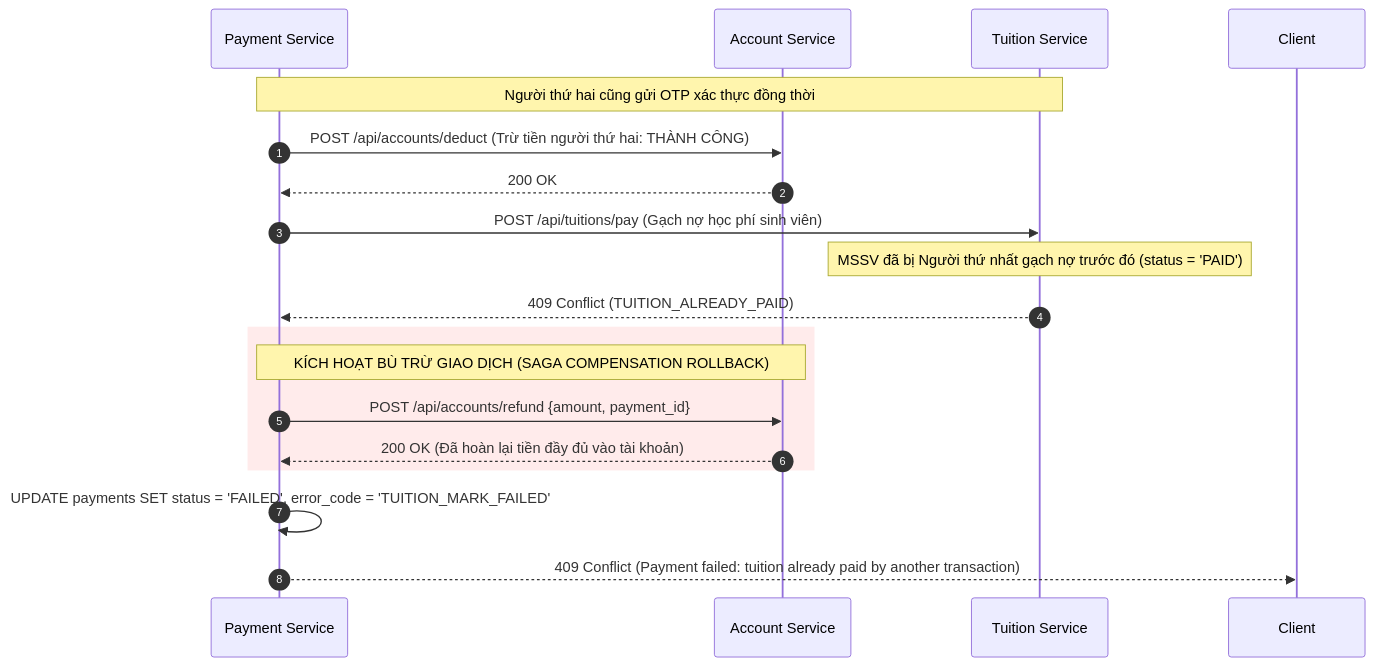
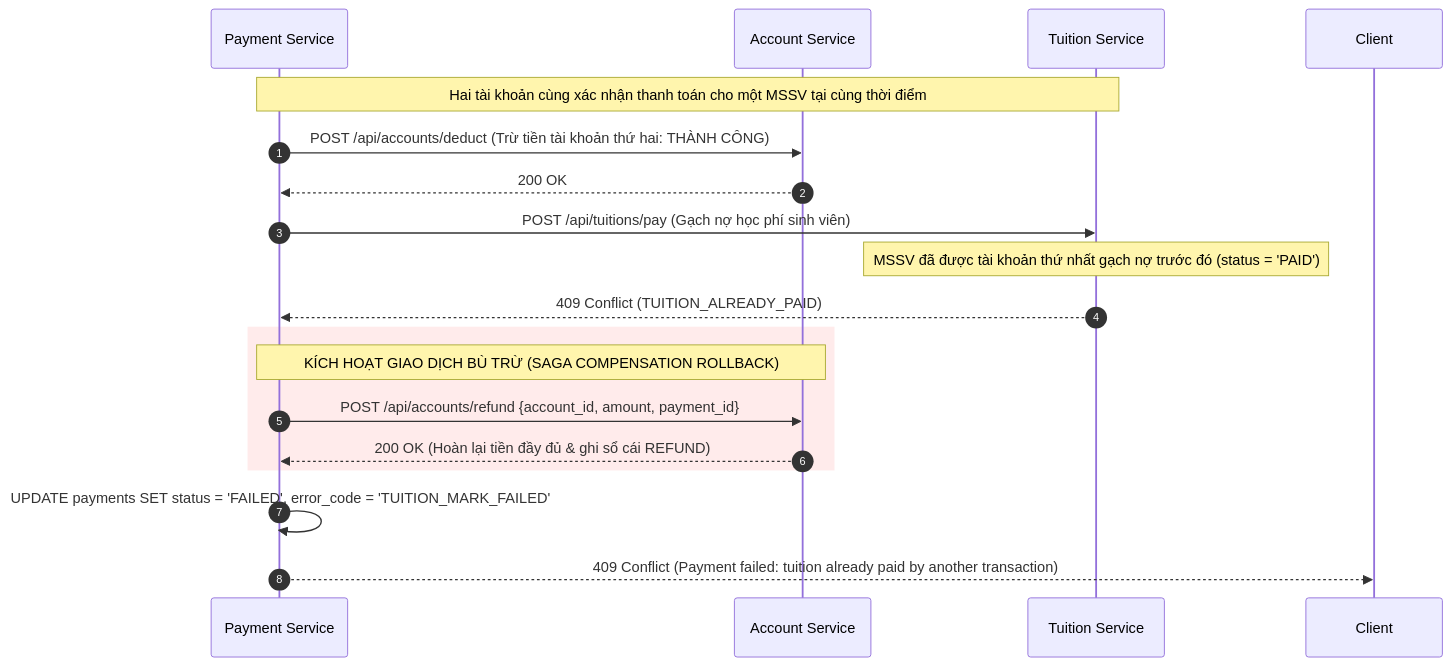
One commit to thanhngo92/soa changed the second of 3 diagrams in docs/SYSTEM_DESIGN.md. Above: the diagram before and after it, drawn with Mermaid. The commit also changed other lines of this file and 55 other files, not shown here.

````diff
--- a/docs/SYSTEM_DESIGN.md
+++ b/docs/SYSTEM_DESIGN.md
@@ -232,24 +203,24 @@
 ```mermaid
 sequenceDiagram
     autonumber
     participant PS as Payment Service
     participant AS as Account Service
     participant TS as Tuition Service
 
-    Note over PS,TS: Người thứ hai cũng gửi OTP xác thực đồng thời
-    PS->>AS: POST /api/accounts/deduct (Trừ tiền người thứ hai: THÀNH CÔNG)
+    Note over PS,TS: Hai tài khoản cùng xác nhận thanh toán cho một MSSV tại cùng thời điểm
+    PS->>AS: POST /api/accounts/deduct (Trừ tiền tài khoản thứ hai: THÀNH CÔNG)
     AS-->>PS: 200 OK
 
     PS->>TS: POST /api/tuitions/pay (Gạch nợ học phí sinh viên)
-    Note over TS: MSSV đã bị Người thứ nhất gạch nợ trước đó (status = 'PAID')
+    Note over TS: MSSV đã được tài khoản thứ nhất gạch nợ trước đó (status = 'PAID')
     TS-->>PS: 409 Conflict (TUITION_ALREADY_PAID)
 
     rect rgb(255, 235, 235)
-        Note over PS,AS: KÍCH HOẠT BÙ TRỪ GIAO DỊCH (SAGA COMPENSATION ROLLBACK)
-        PS->>AS: POST /api/accounts/refund {amount, payment_id}
-        AS-->>PS: 200 OK (Đã hoàn lại tiền đầy đủ vào tài khoản)
+        Note over PS,AS: KÍCH HOẠT GIAO DỊCH BÙ TRỪ (SAGA COMPENSATION ROLLBACK)
+        PS->>AS: POST /api/accounts/refund {account_id, amount, payment_id}
+        AS-->>PS: 200 OK (Hoàn lại tiền đầy đủ & ghi sổ cái REFUND)
     end
 
     PS->>PS: UPDATE payments SET status = 'FAILED', error_code = 'TUITION_MARK_FAILED'
     PS-->>Client: 409 Conflict (Payment failed: tuition already paid by another transaction)
 ```
````
